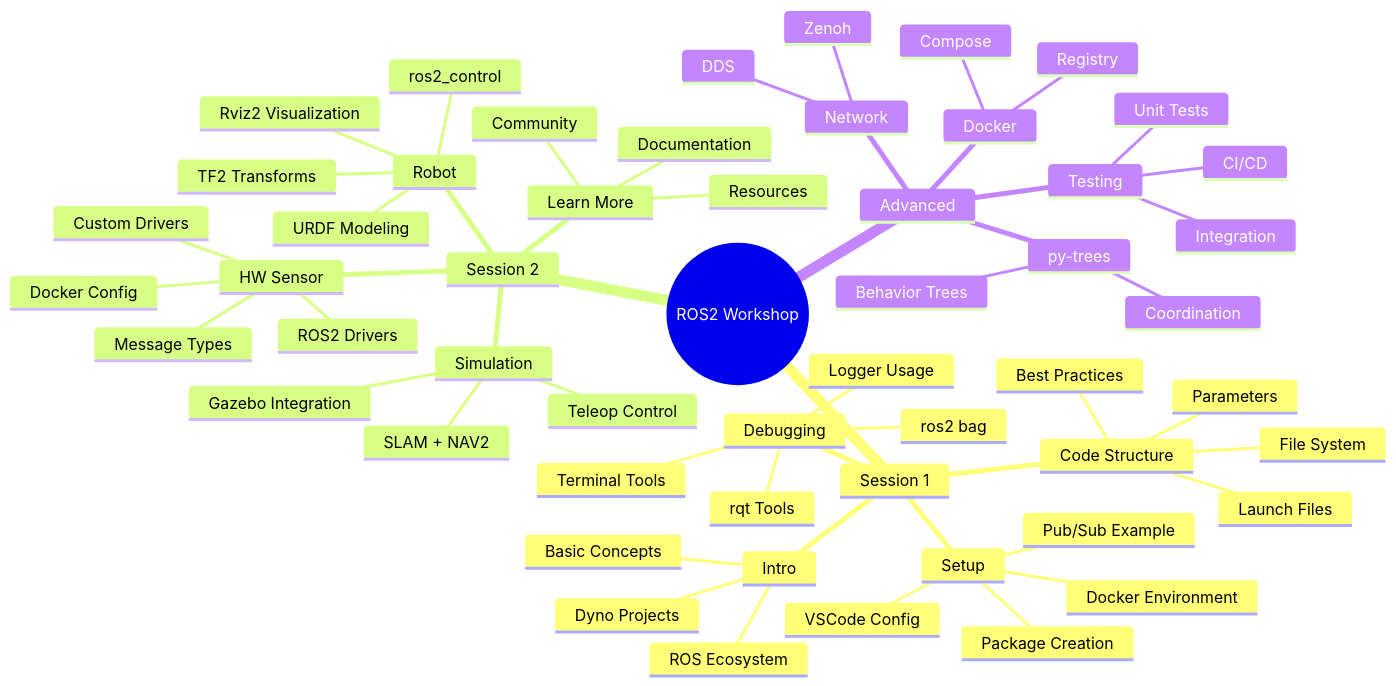
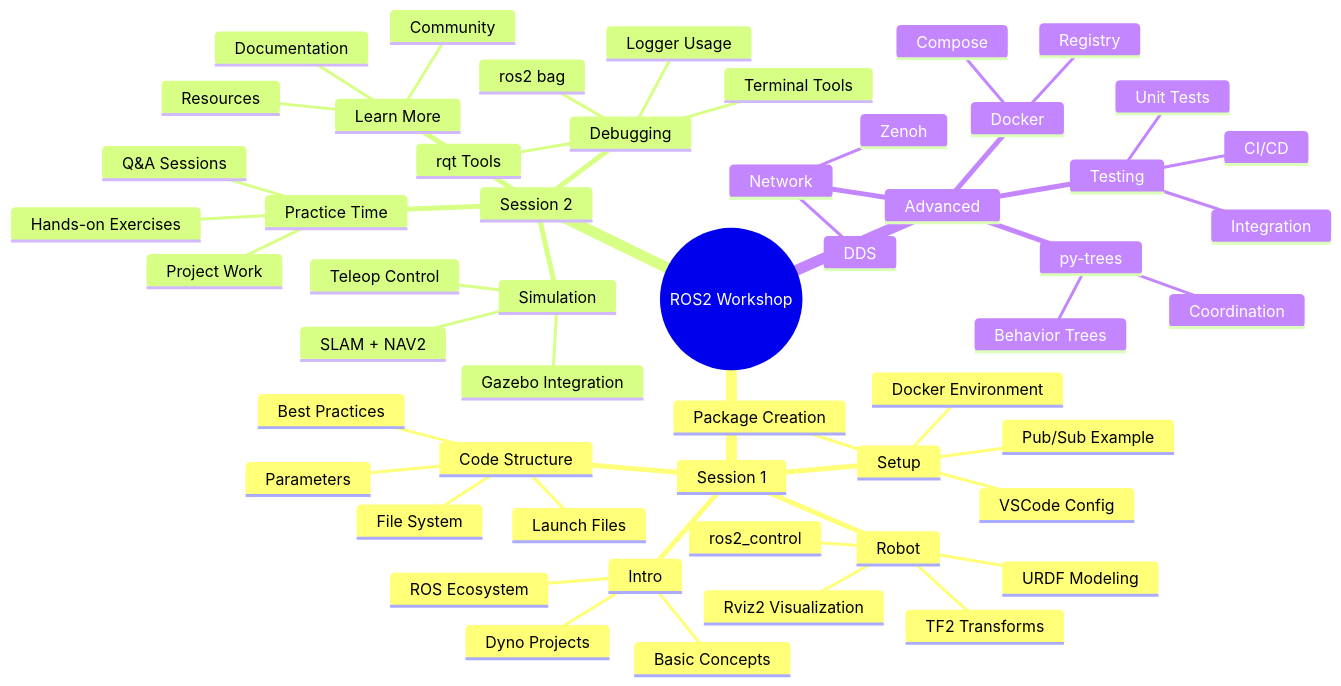
One commit to DynoRobotics/dyno_ros2_courses changed the fifth of 5 diagrams in ros2-workshop-modular-architecture.md. Above: the diagram before and after it, drawn with Mermaid. The commit also changed other lines of this file and 13 other files, not shown here.

````diff
--- a/ros2-workshop-modular-architecture.md
+++ b/ros2-workshop-modular-architecture.md
@@ -136,57 +135,56 @@
 ```mermaid
 mindmap
   root((ROS2 Workshop))
     Session 1
       Intro
         ROS Ecosystem
         Basic Concepts
         Dyno Projects
       Setup
         Docker Environment
         VSCode Config
         Package Creation
         Pub/Sub Example
       Code Structure
         File System
         Launch Files
         Parameters
         Best Practices
+      Robot
+        URDF Modeling
+        TF2 Transforms
+        Rviz2 Visualization
+        ros2_control
+    Session 2
       Debugging
         Logger Usage
         Terminal Tools
         rqt Tools
         ros2 bag
-    Session 2
-      Robot
-        URDF Modeling
-        TF2 Transforms
-        Rviz2 Visualization
-        ros2_control
       Simulation
         Gazebo Integration
         Teleop Control
         SLAM + NAV2
-      HW Sensor
-        Docker Config
-        ROS2 Drivers
-        Custom Drivers
-        Message Types
       Learn More
         Documentation
         Community
         Resources
+      Practice Time
+        Hands-on Exercises
+        Project Work
+        Q&A Sessions
     Advanced
       Docker
         Compose
         Registry
       Network
         DDS
         Zenoh
       Testing
         Unit Tests
         Integration
         CI/CD
       py-trees
         Behavior Trees
         Coordination
 ```
````
